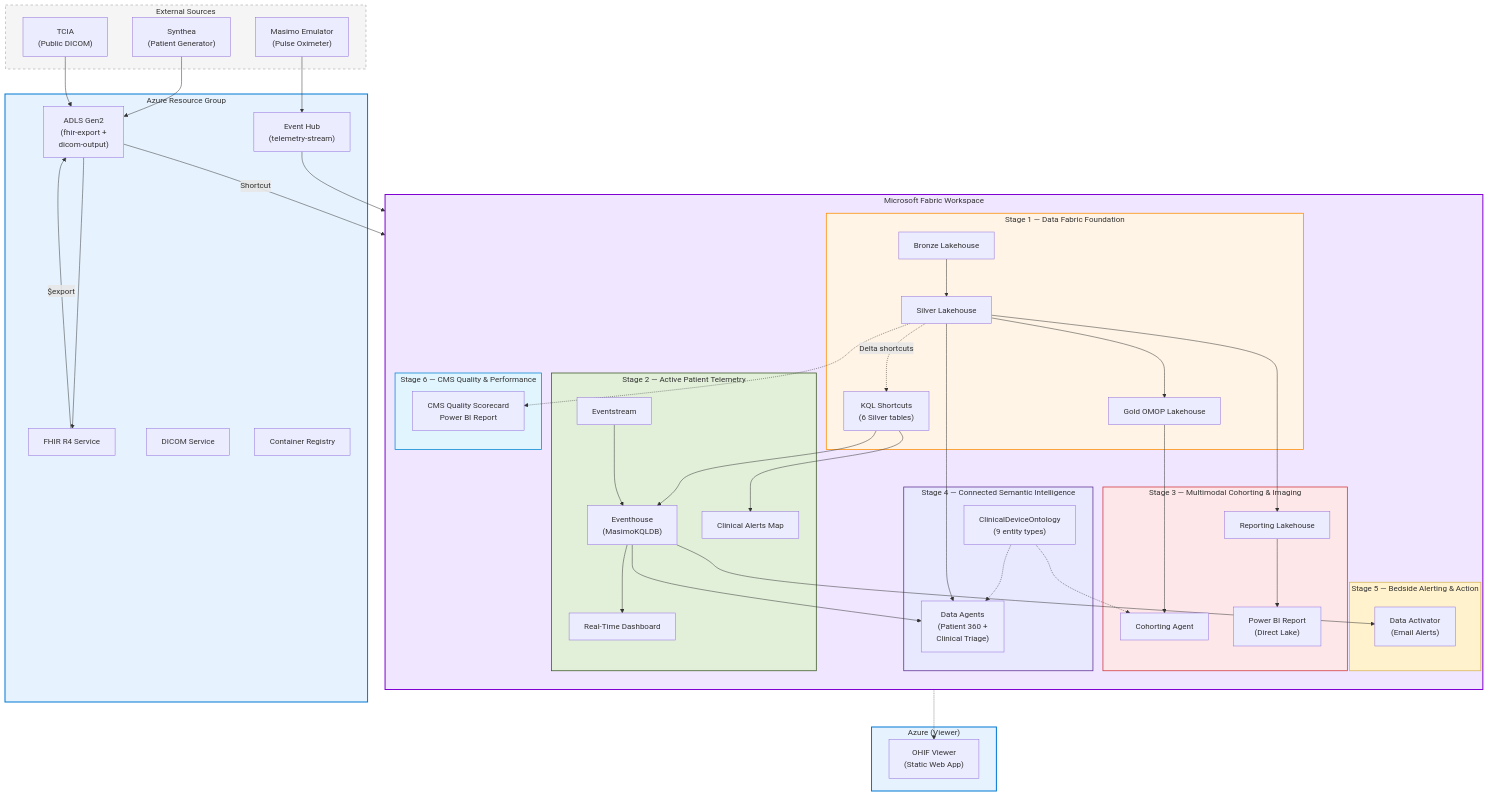
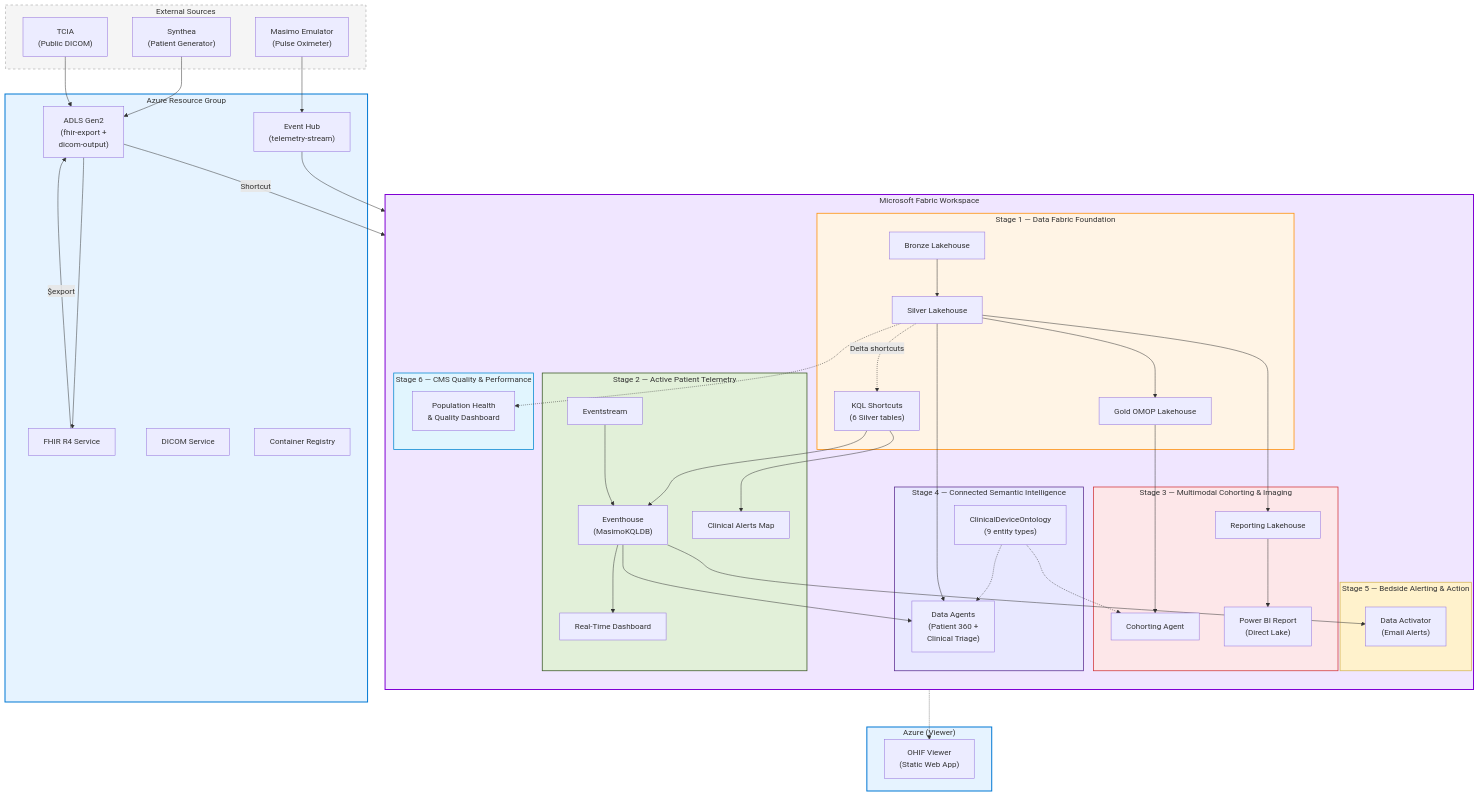
The second of 4 diagrams in README.md (kfprugger/med-device-fabric-emulator), drawn with Mermaid before and after one commit. The commit also changed other lines of this file and 77 other files, not shown here.

Commit message:
feat(orchestrator): visual upgrades, performance speedups, and robust Gantt matching

```diff
--- a/README.md
+++ b/README.md
@@ -203,7 +203,7 @@
         end
 
         subgraph P6["Stage 6 — CMS Quality & Performance"]
-            PBI_CMS["CMS Quality Scorecard\nPower BI Report"]
+            PBI_CMS["Population Health\n& Quality Dashboard"]
         end
     end
 
```
